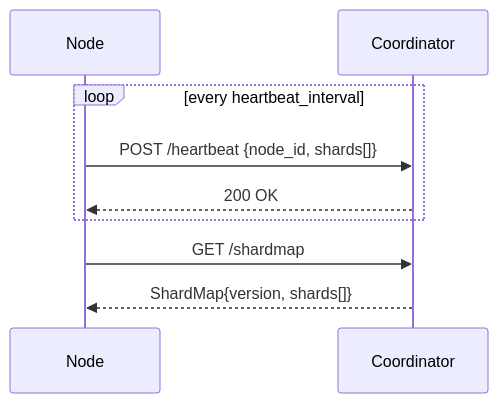
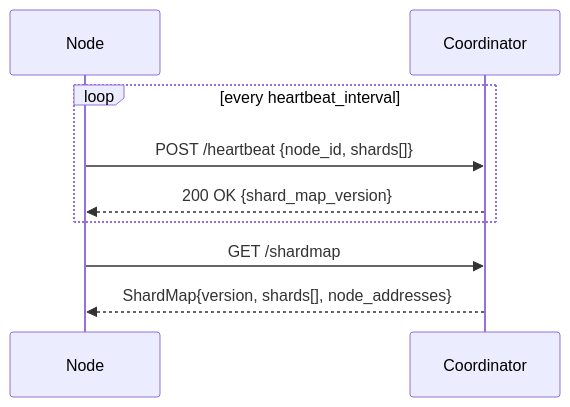
One commit to davecarr1024/doki changed the third of 16 diagrams in docs/architecture.md. Above: the diagram before and after it, drawn with Mermaid. The commit also changed other lines of this file and 5 other files, not shown here.

````diff
--- a/docs/architecture.md
+++ b/docs/architecture.md
@@ -89,13 +99,13 @@
 ```mermaid
 sequenceDiagram
     participant N as Node
     participant C as Coordinator
 
     loop every heartbeat_interval
         N->>C: POST /heartbeat {node_id, shards[]}
-        C-->>N: 200 OK
+        C-->>N: 200 OK {shard_map_version}
     end
 
     N->>C: GET /shardmap
-    C-->>N: ShardMap{version, shards[]}
+    C-->>N: ShardMap{version, shards[], node_addresses}
 ```
````
